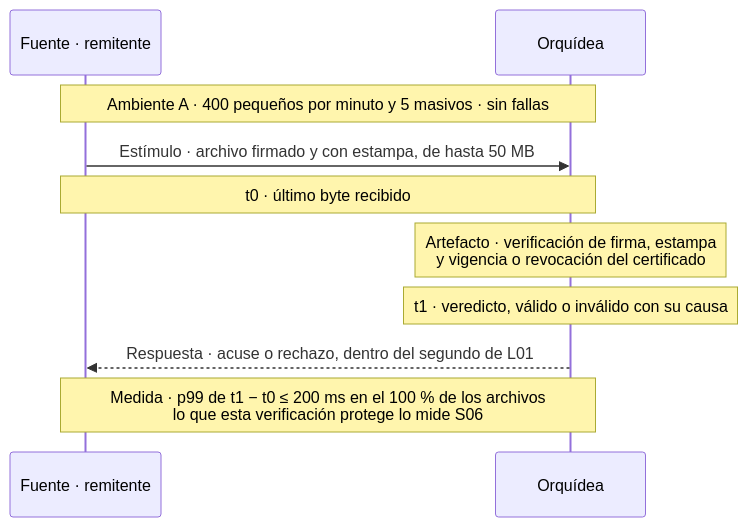
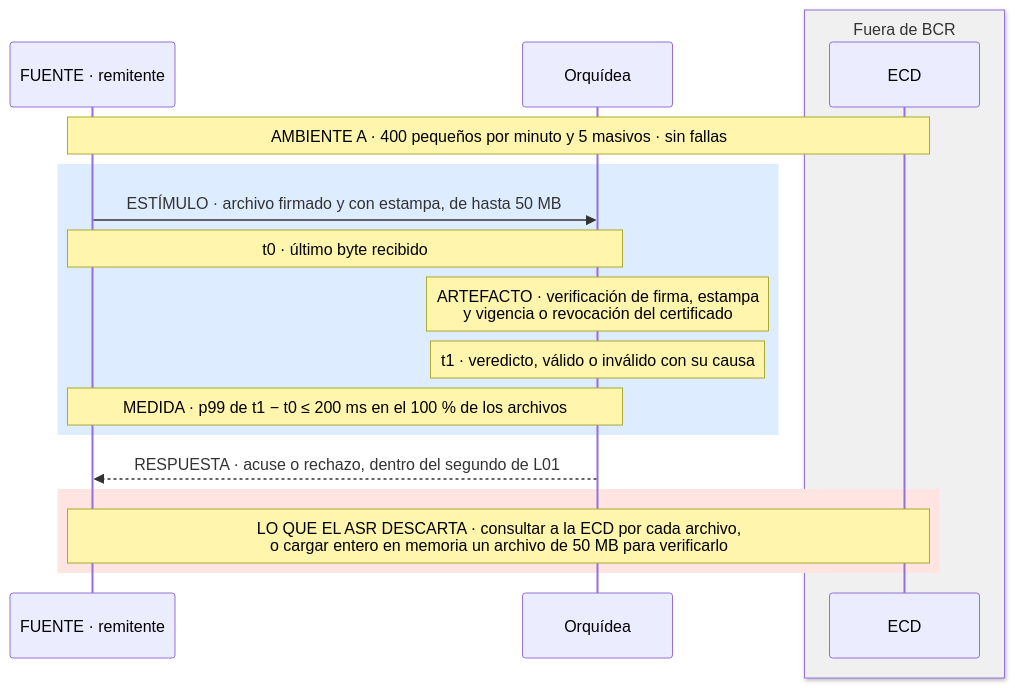
One commit to MATI-MBIT/arqsoft-reto-4 changed the fifth of 17 diagrams in docs/quality-attributes.md. Above: the diagram before and after it, drawn with Mermaid. The commit also changed other lines of this file, not shown here.

Commit message:
Rediseña los diagramas de los ASR: banda de lo medido y banda de lo que el ASR descarta

````diff
--- a/docs/quality-attributes.md
+++ b/docs/quality-attributes.md
@@ -277,12 +301,20 @@
 ```mermaid
 sequenceDiagram
-    participant R as Fuente · remitente
+    participant R as FUENTE · remitente
     participant O as Orquídea
-    Note over R,O: Ambiente A · 400 pequeños por minuto y 5 masivos · sin fallas
-    R->>O: Estímulo · archivo firmado y con estampa, de hasta 50 MB
+    box rgb(240,240,240) Fuera de BCR
+    participant E as ECD
+    end
+    Note over R,E: AMBIENTE A · 400 pequeños por minuto y 5 masivos · sin fallas
+    rect rgb(222, 236, 255)
+    R->>O: ESTÍMULO · archivo firmado y con estampa, de hasta 50 MB
     Note over R,O: t0 · último byte recibido
-    Note over O: Artefacto · verificación de firma, estampa<br/>y vigencia o revocación del certificado
+    Note over O: ARTEFACTO · verificación de firma, estampa<br/>y vigencia o revocación del certificado
     Note over O: t1 · veredicto, válido o inválido con su causa
-    O-->>R: Respuesta · acuse o rechazo, dentro del segundo de L01
-    Note over R,O: Medida · p99 de t1 − t0 ≤ 200 ms en el 100 % de los archivos<br/>lo que esta verificación protege lo mide S06
+    Note over R,O: MEDIDA · p99 de t1 − t0 ≤ 200 ms en el 100 % de los archivos
+    end
+    O-->>R: RESPUESTA · acuse o rechazo, dentro del segundo de L01
+    rect rgb(255, 228, 225)
+    Note over R,E: LO QUE EL ASR DESCARTA · consultar a la ECD por cada archivo,<br/>o cargar entero en memoria un archivo de 50 MB para verificarlo
+    end
 ```
````
